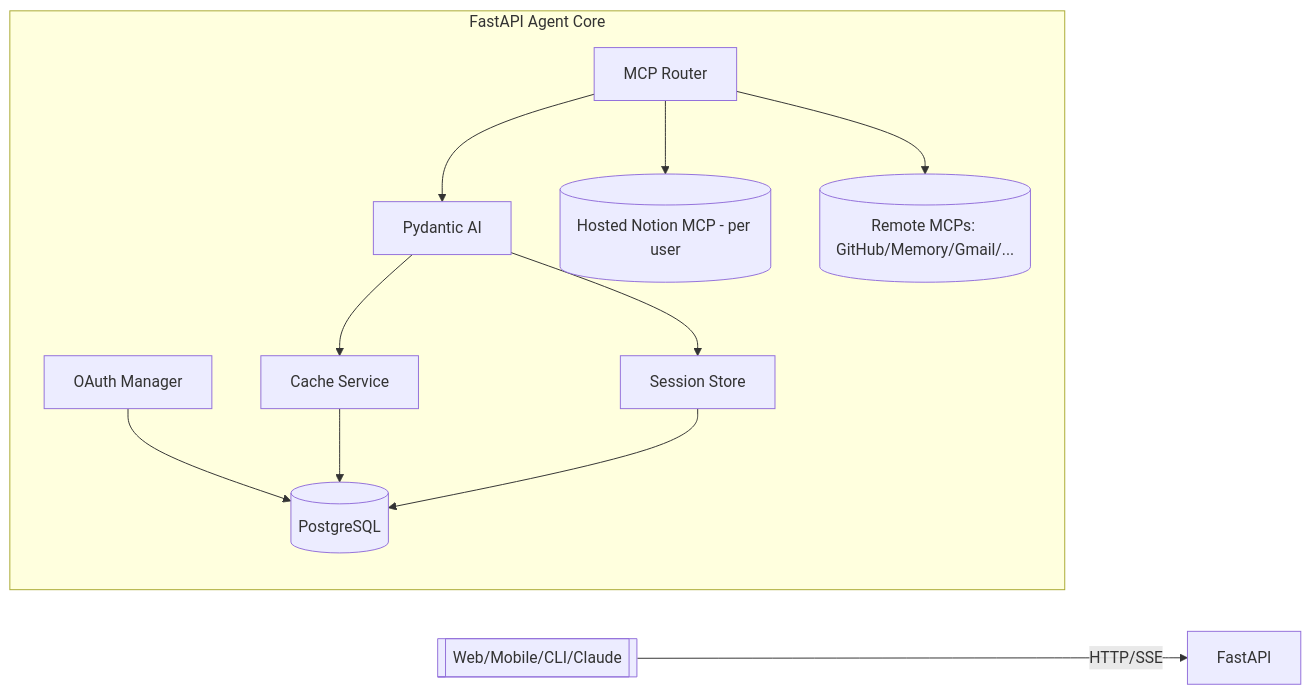
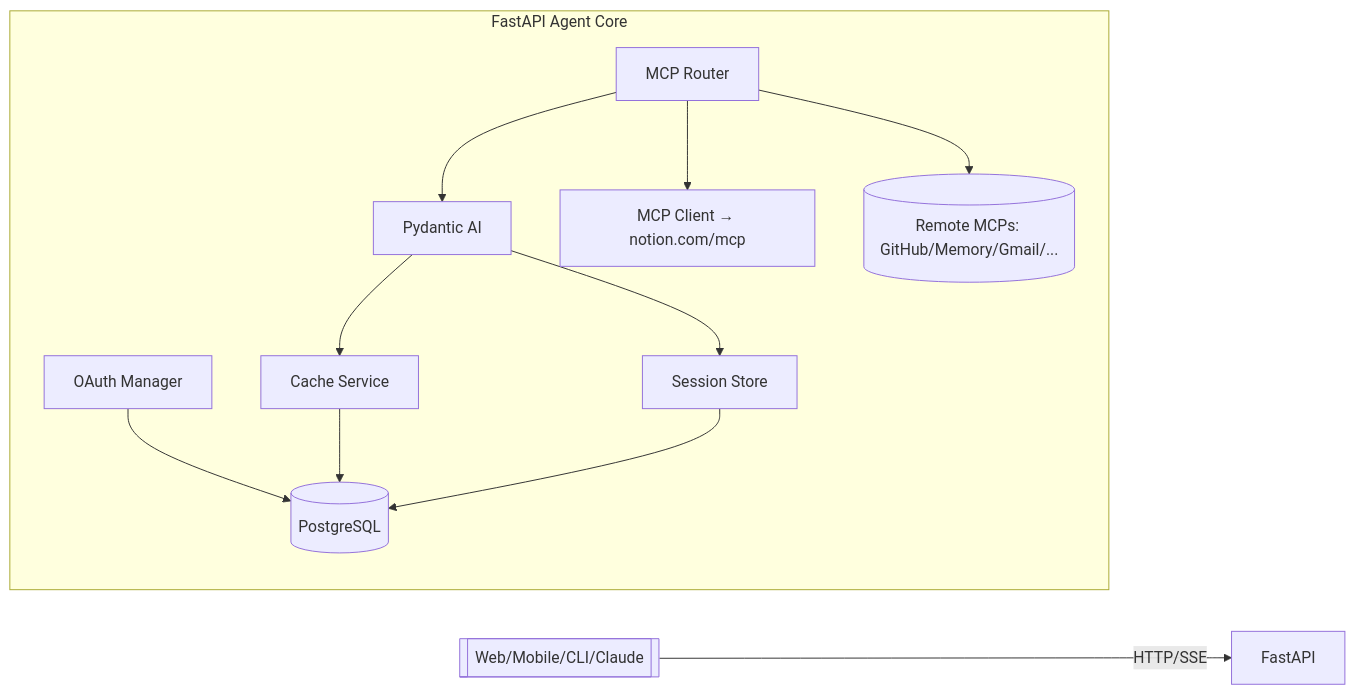
Before and after one commit to JayChir/alfred-system: the diagram in docs/context.md, drawn with Mermaid. The commit also changed other lines of this file and 2 other files, not shown here.

First line of the commit message:
docs: clarify MCP client architecture in OAuth implementation

````diff
--- a/docs/context.md
+++ b/docs/context.md
@@ -45,15 +45,15 @@
 ```mermaid
 flowchart LR
   Client[[Web/Mobile/CLI/Claude]] -->|HTTP/SSE| FastAPI
 
   subgraph FastAPI Agent Core
     Router[MCP Router] --> Orchestrator[Pydantic AI]
     Orchestrator --> Cache[Cache Service]
     Orchestrator --> Sessions[Session Store]
     OAuth[OAuth Manager] --> DB[(PostgreSQL)]
     Cache --> DB
     Sessions --> DB
-    Router --> HostedNotion[(Hosted Notion MCP - per user)]
+    Router --> NotionClient[MCP Client → notion.com/mcp]
     Router --> RemoteMCPs[(Remote MCPs: GitHub/Memory/Gmail/...)]
   end
 ```
````
